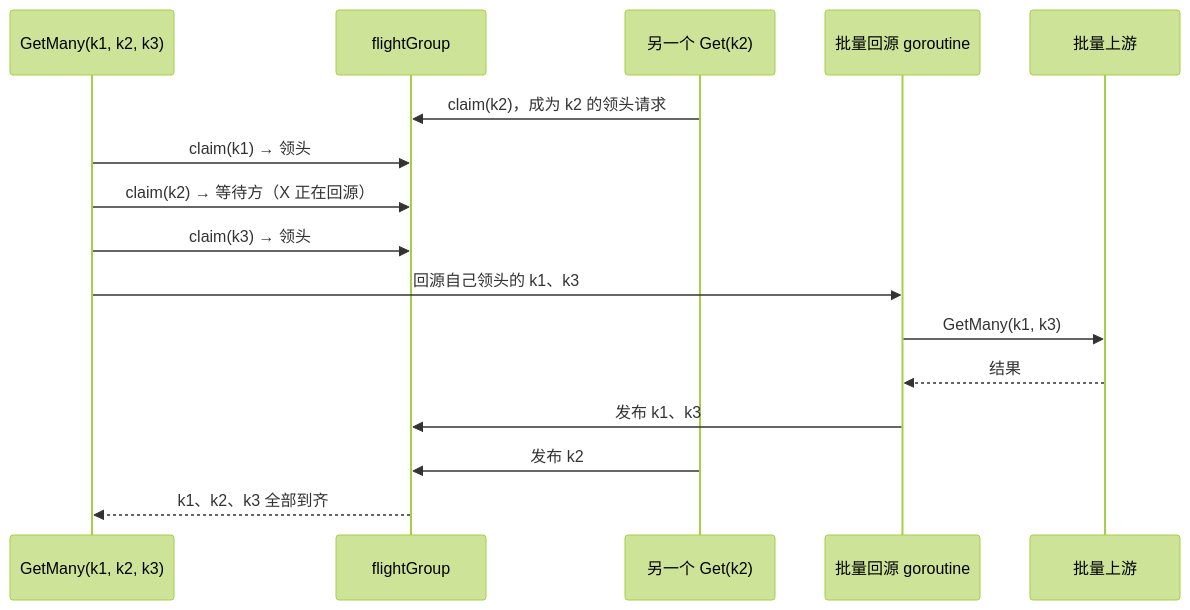
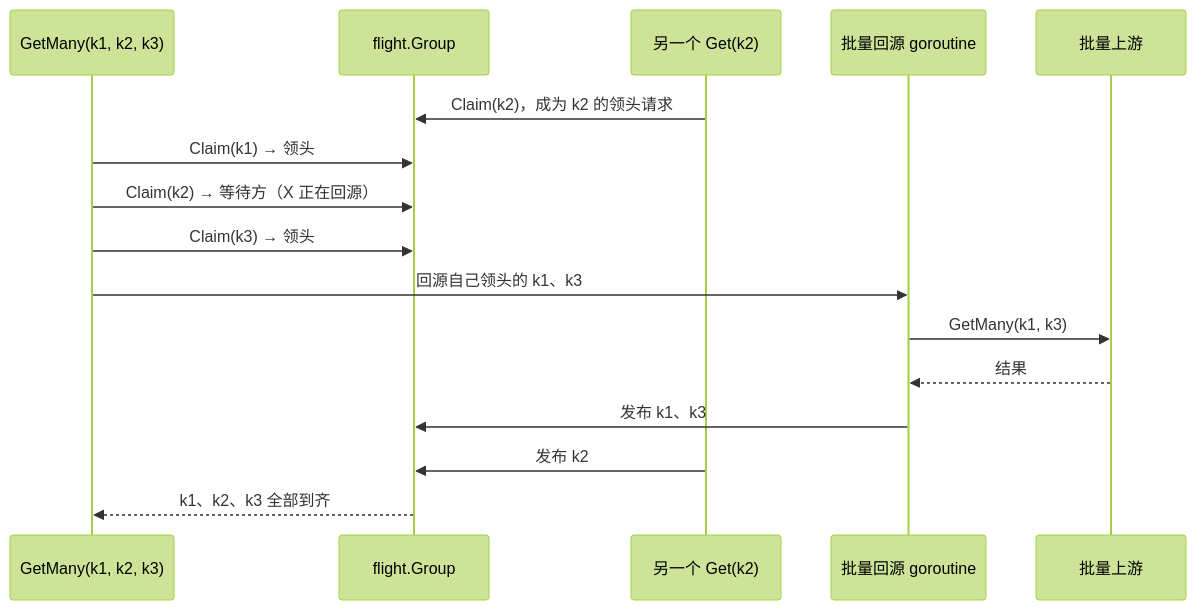
The second of 2 diagrams in docs/design/singleflight.md (theplant/cachex), drawn with Mermaid (forest theme) before and after one commit. The commit also changed other lines of this file and 13 other files, not shown here.

First line of the commit message:
refactor: move the flight group and the write stripes into internal packages

````diff
--- a/docs/design/singleflight.md
+++ b/docs/design/singleflight.md
@@ -115,18 +121,18 @@
 ```mermaid
 sequenceDiagram
     participant M as GetMany(k1, k2, k3)
-    participant G as flightGroup
+    participant G as flight.Group
     participant X as 另一个 Get(k2)
     participant F as 批量回源 goroutine
     participant U as 批量上游
-    X->>G: claim(k2)，成为 k2 的领头请求
-    M->>G: claim(k1) → 领头
-    M->>G: claim(k2) → 等待方（X 正在回源）
-    M->>G: claim(k3) → 领头
+    X->>G: Claim(k2)，成为 k2 的领头请求
+    M->>G: Claim(k1) → 领头
+    M->>G: Claim(k2) → 等待方（X 正在回源）
+    M->>G: Claim(k3) → 领头
     M->>F: 回源自己领头的 k1、k3
     F->>U: GetMany(k1, k3)
     U-->>F: 结果
     F->>G: 发布 k1、k3
     X->>G: 发布 k2
     G-->>M: k1、k2、k3 全部到齐
 ```
````
